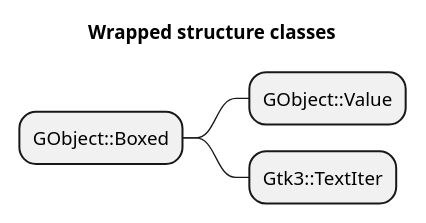
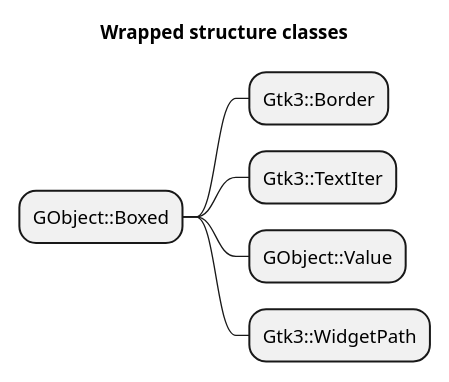
The fourth of 5 diagrams in Design-docs/Design.md (MARTIMM/gnome-gtk3), drawn with PlantUML before and after one commit. The commit also changed other lines of this file and 1 other file, not shown here.

````diff
--- a/Design-docs/Design.md
+++ b/Design-docs/Design.md
@@ -111,10 +119,12 @@
 ```plantuml
 @startmindmap
 scale 0.7
 title Wrapped structure classes
 * GObject::Boxed
+ * Gtk3::Border
+ * Gtk3::TextIter
  * GObject::Value
- * Gtk3::TextIter
+ * Gtk3::WidgetPath
 
 @endmindmap
 ```
````
